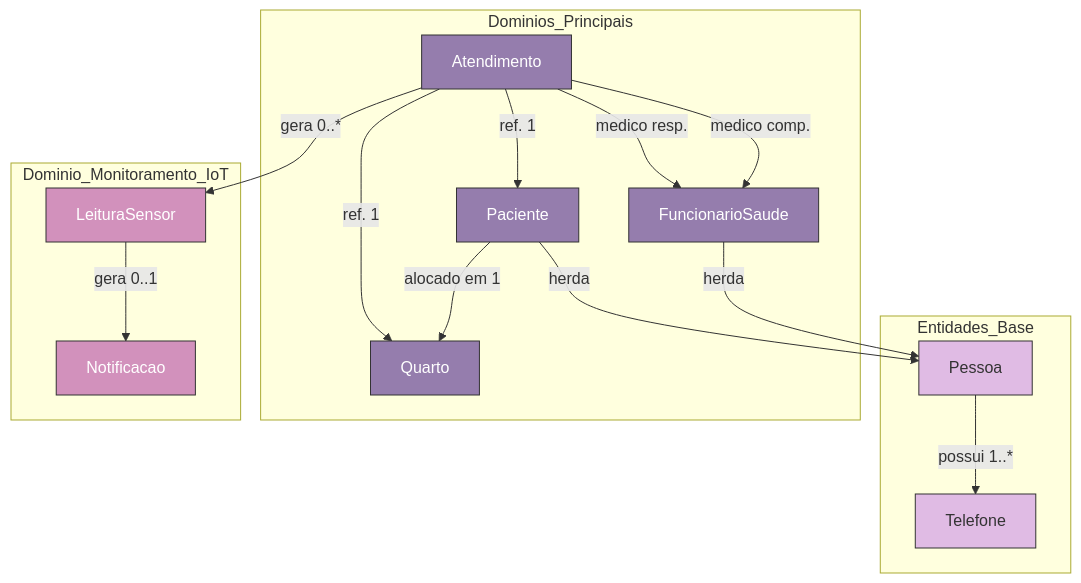
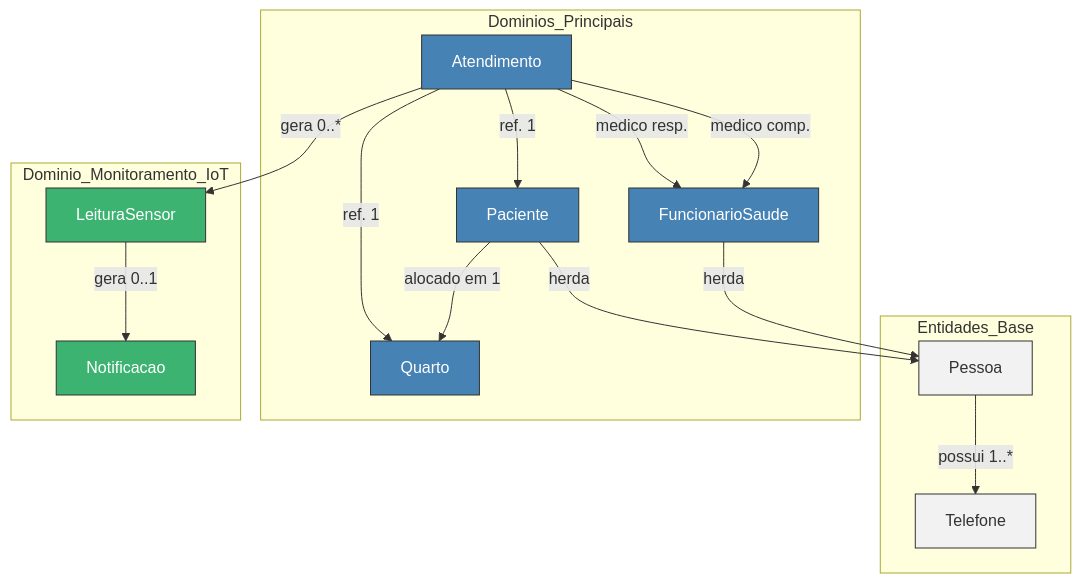
The diagram in README.md (matheus05dev/BackendMonitoramentoPacientes), drawn with Mermaid before and after one commit.

````diff
--- a/README.md
+++ b/README.md
@@ -68,42 +68,42 @@
 ```mermaid
 graph TD
     subgraph Entidades_Base
         Pessoa
         Telefone
     end
 
     subgraph Dominios_Principais
         Paciente
         FuncionarioSaude
         Quarto
         Atendimento
     end
 
     subgraph Dominio_Monitoramento_IoT
         LeituraSensor
         Notificacao
     end
 
     %% Relacionamentos
     Paciente -->|herda| Pessoa
     FuncionarioSaude -->|herda| Pessoa
     Pessoa -->|possui 1..*| Telefone
 
     Atendimento -->|ref. 1| Paciente
     Atendimento -->|medico resp.| FuncionarioSaude
     Atendimento -->|medico comp.| FuncionarioSaude
     Atendimento -->|ref. 1| Quarto
     Paciente -->|alocado em 1| Quarto
 
     Atendimento -->|gera 0..*| LeituraSensor
     LeituraSensor -->|gera 0..1| Notificacao
 
     %% Estilização
-    classDef base fill:#E0BBE4,stroke:#333;
-    classDef domain fill:#957DAD,stroke:#333,color:white;
-    classDef iot fill:#D291BC,stroke:#333,color:white;
+    classDef base fill:#f2f2f2,stroke:#333;
+    classDef domain fill:#4682B4,stroke:#333,color:white;
+    classDef iot fill:#3CB371,stroke:#333,color:white;
 
     class Pessoa,Telefone base;
     class Paciente,FuncionarioSaude,Quarto,Atendimento domain;
     class LeituraSensor,Notificacao iot;
 ```
````
